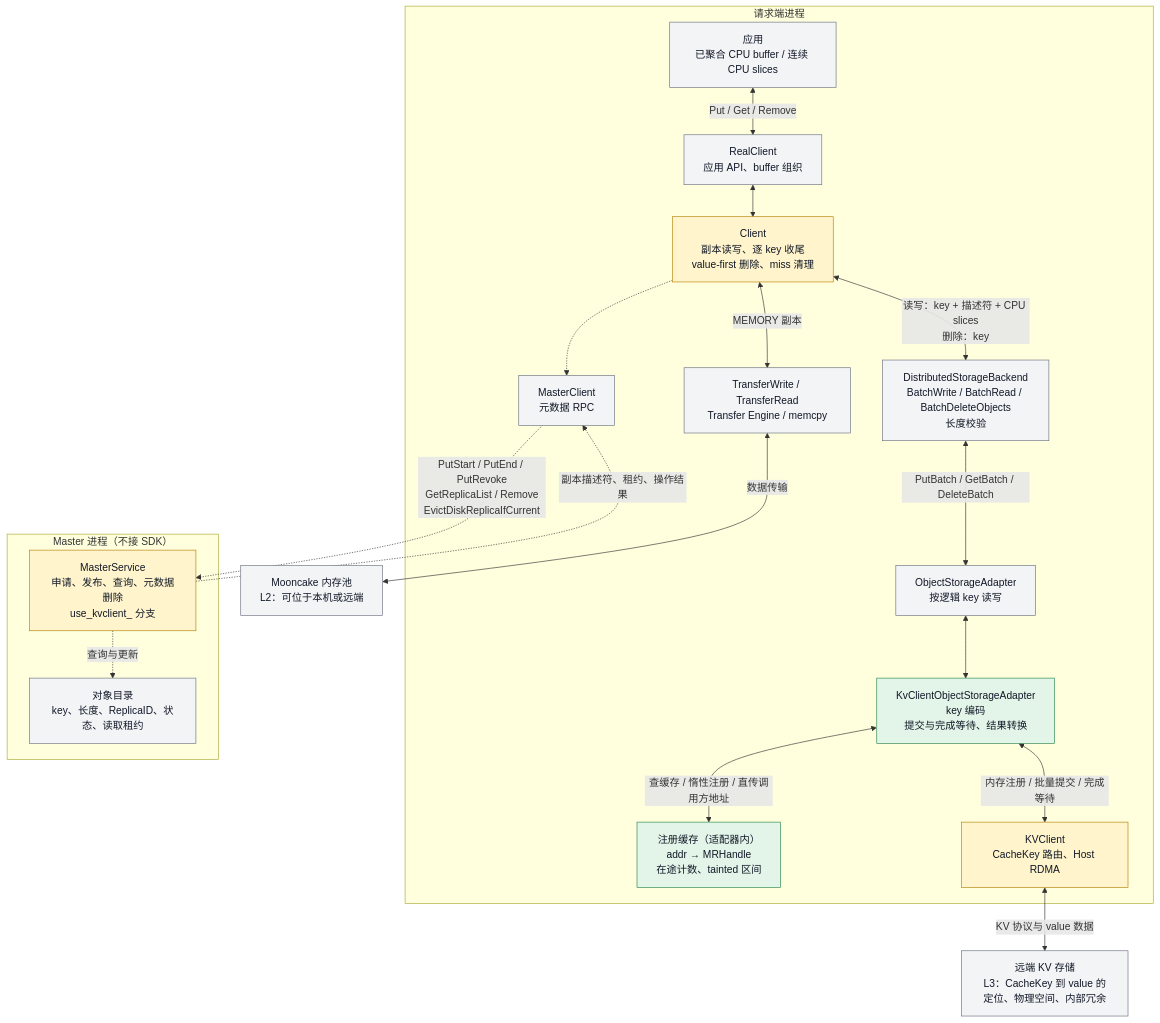
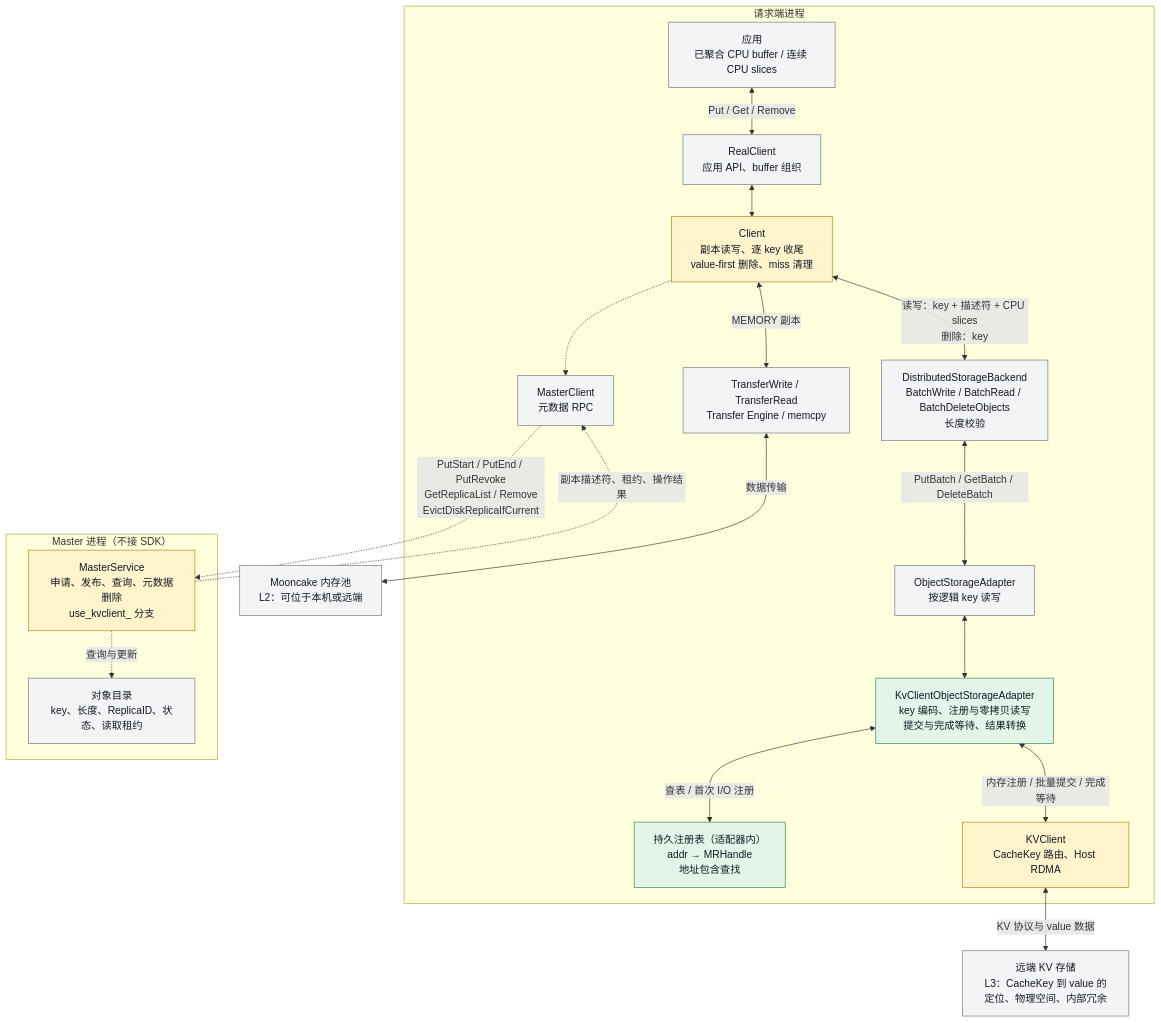
Before and after one commit to zwj20000328-dotcom/Mooncake-documents: the first of 13 diagrams in Mooncake + KVClient L3 接入（Kvcs）- v3.md, drawn with Mermaid. The commit also changed other lines of this file, not shown here.

````diff
--- a/Mooncake + KVClient L3 接入（Kvcs）- v3.md
+++ b/Mooncake + KVClient L3 接入（Kvcs）- v3.md
@@ -68,47 +68,47 @@
 ```mermaid
 flowchart TB
     subgraph Request["请求端进程"]
         A["应用<br/>已聚合 CPU buffer / 连续 CPU slices"]
         R["RealClient<br/>应用 API、buffer 组织"]
         C["Client<br/>副本读写、逐 key 收尾<br/>value-first 删除、miss 清理"]
         RPC["MasterClient<br/>元数据 RPC"]
         TE["TransferWrite / TransferRead<br/>Transfer Engine / memcpy"]
         B["DistributedStorageBackend<br/>BatchWrite / BatchRead / BatchDeleteObjects<br/>长度校验"]
         O["ObjectStorageAdapter<br/>按逻辑 key 读写"]
-        K["KvClientObjectStorageAdapter<br/>key 编码<br/>提交与完成等待、结果转换"]
-        REG["注册缓存（适配器内）<br/>addr → MRHandle<br/>在途计数、tainted 区间"]
+        K["KvClientObjectStorageAdapter<br/>key 编码、注册与零拷贝读写<br/>提交与完成等待、结果转换"]
+        REG["持久注册表（适配器内）<br/>addr → MRHandle<br/>地址包含查找"]
         SDK["KVClient<br/>CacheKey 路由、Host RDMA"]
 
         A <-->|"Put / Get / Remove"| R
         R <--> C
         C -.-> RPC
         C <-->|"MEMORY 副本"| TE
         C <-->|"读写：key + 描述符 + CPU slices<br/>删除：key"| B
         B <-->|"PutBatch / GetBatch / DeleteBatch"| O
         O <--> K
-        K <-->|"查缓存 / 惰性注册 / 直传调用方地址"| REG
+        K <-->|"查表 / 首次 I/O 注册"| REG
         K <-->|"内存注册 / 批量提交 / 完成等待"| SDK
     end
 
     subgraph Master["Master 进程（不接 SDK）"]
         M["MasterService<br/>申请、发布、查询、元数据删除<br/>use_kvclient_ 分支"]
         META["对象目录<br/>key、长度、ReplicaID、状态、读取租约"]
 
         M -.->|"查询与更新"| META
     end
 
     RAM["Mooncake 内存池<br/>L2：可位于本机或远端"]
     S["远端 KV 存储<br/>L3：CacheKey 到 value 的定位、物理空间、内部冗余"]
 
     RPC -.->|"PutStart / PutEnd / PutRevoke<br/>GetReplicaList / Remove<br/>EvictDiskReplicaIfCurrent"| M
     M -.->|"副本描述符、租约、操作结果"| RPC
     TE <-->|"数据传输"| RAM
     SDK <-->|"KV 协议与 value 数据"| S
 
     classDef existing fill:#f3f4f6,stroke:#6b7280,color:#111827;
     classDef changed fill:#fff4cc,stroke:#b58105,color:#111827;
     classDef added fill:#e3f5e8,stroke:#28864b,color:#111827;
     class A,R,RPC,TE,B,O,META,RAM,S existing;
     class C,SDK,M changed;
     class K,REG added;
 ```
````
